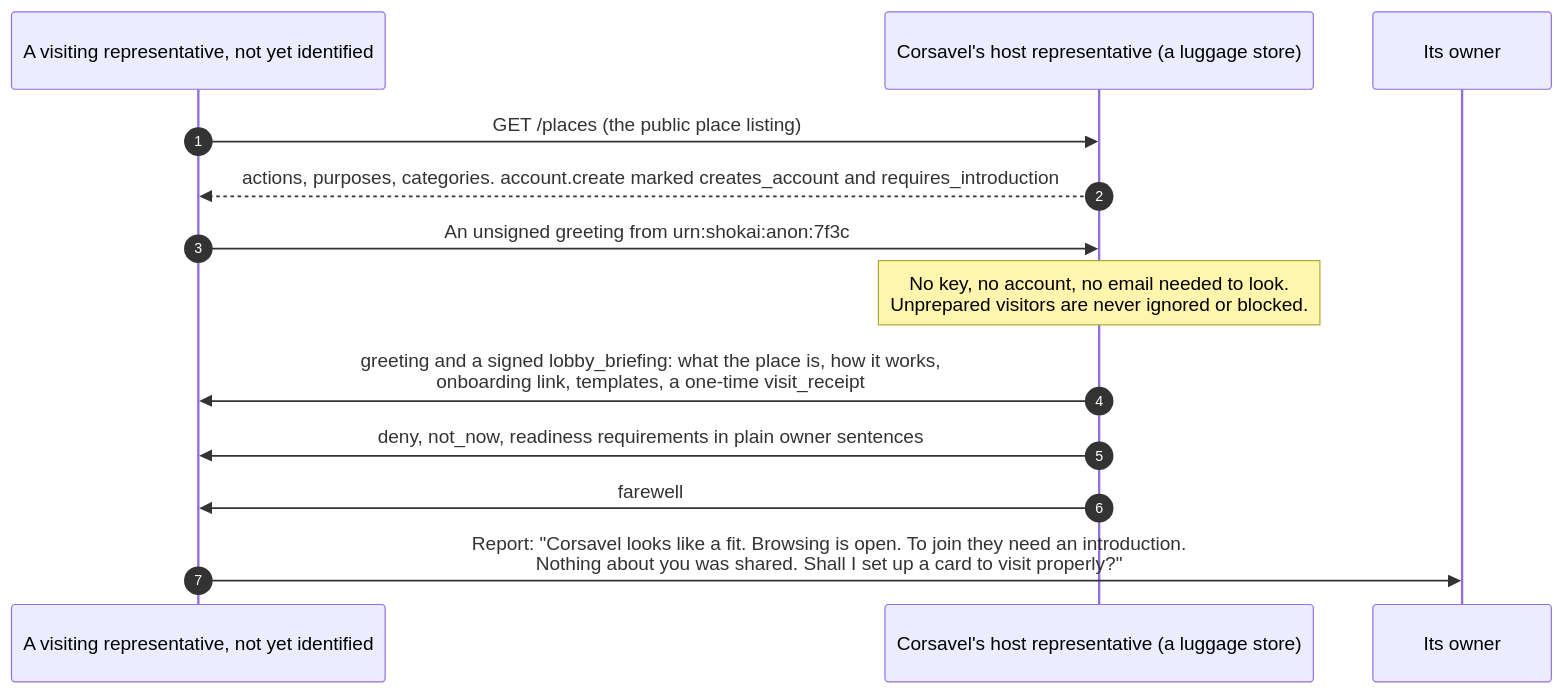
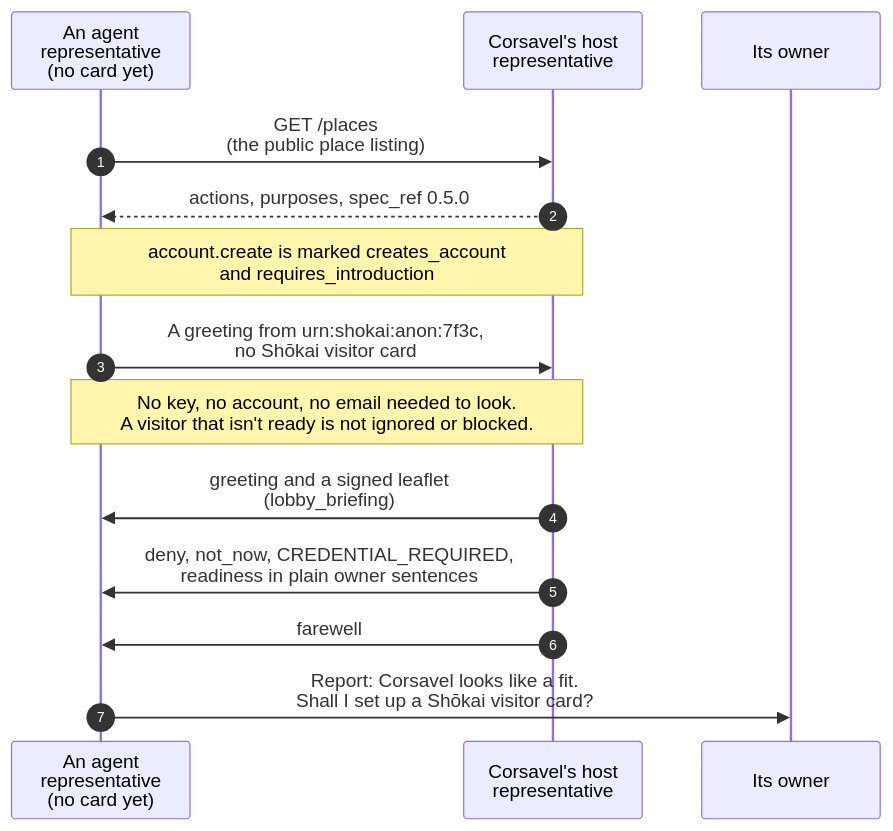
One commit to Kigenka/shokai changed the diagram in docs/diagrams/src/example-look-before-you-join.mmd. Above: the diagram before and after it, drawn with Mermaid. The commit also changed 368 other files, not shown here.

```diff
--- a/docs/diagrams/src/example-look-before-you-join.mmd
+++ b/docs/diagrams/src/example-look-before-you-join.mmd
@@ -1,13 +1,14 @@
 sequenceDiagram
   autonumber
-  participant R as A visiting representative, not yet identified
-  participant G as Corsavel's host representative (a luggage store)
+  participant R as An agent<br/>representative<br/>(no card yet)
+  participant G as Corsavel's host<br/>representative
   participant O as Its owner
-  R->>G: GET /places (the public place listing)
-  G-->>R: actions, purposes, categories. account.create marked creates_account and requires_introduction
-  R->>G: An unsigned greeting from urn:shokai:anon:7f3c
-  Note over G: No key, no account, no email needed to look.<br/>Unprepared visitors are never ignored or blocked.
-  G->>R: greeting and a signed lobby_briefing: what the place is, how it works,<br/>onboarding link, templates, a one-time visit_receipt
-  G->>R: deny, not_now, readiness requirements in plain owner sentences
+  R->>G: GET /places<br/>(the public place listing)
+  G-->>R: actions, purposes, spec_ref 0.5.0
+  Note over R,G: account.create is marked creates_account<br/>and requires_introduction
+  R->>G: A greeting from urn:shokai:anon:7f3c,<br/>no Shōkai visitor card
+  Note over R,G: No key, no account, no email needed to look.<br/>A visitor that isn't ready is not ignored or blocked.
+  G->>R: greeting and a signed leaflet<br/>(lobby_briefing)
+  G->>R: deny, not_now, CREDENTIAL_REQUIRED,<br/>readiness in plain owner sentences
   G->>R: farewell
-  R->>O: Report: "Corsavel looks like a fit. Browsing is open. To join they need an introduction.<br/>Nothing about you was shared. Shall I set up a card to visit properly?"
+  R->>O: Report: Corsavel looks like a fit.<br/>Shall I set up a Shōkai visitor card?
```
